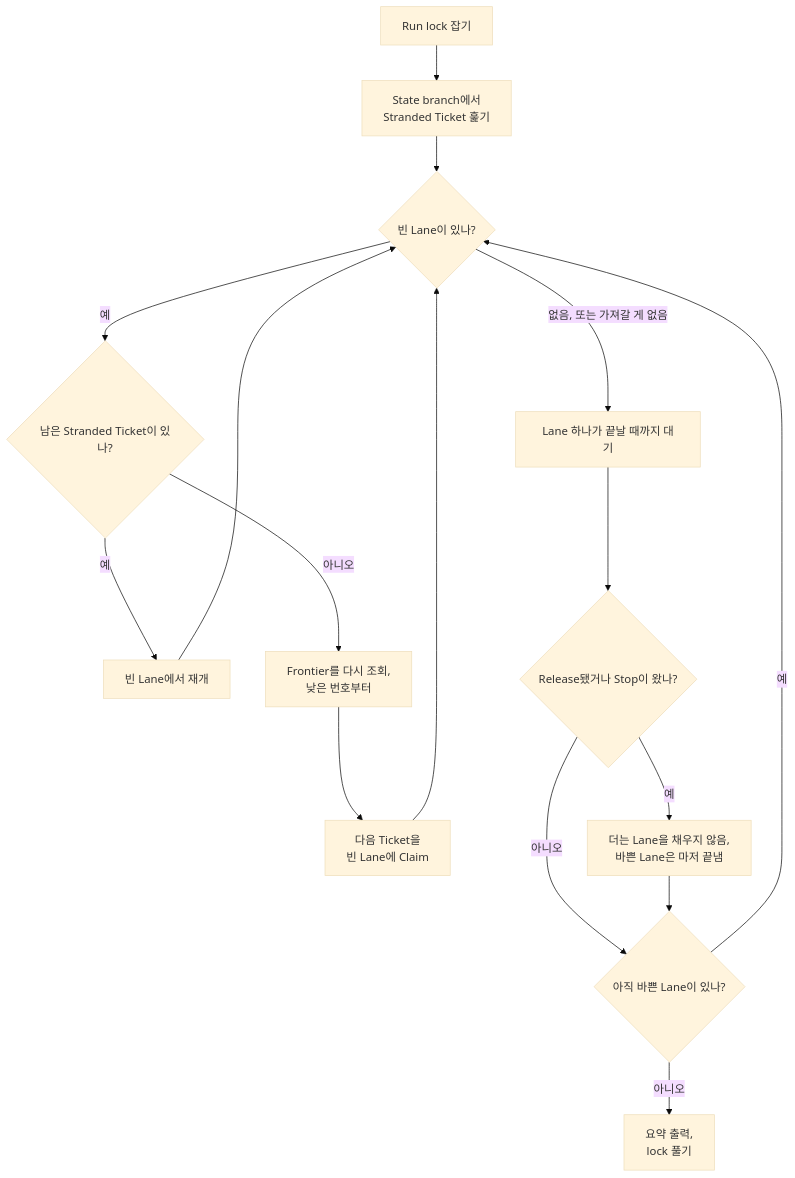
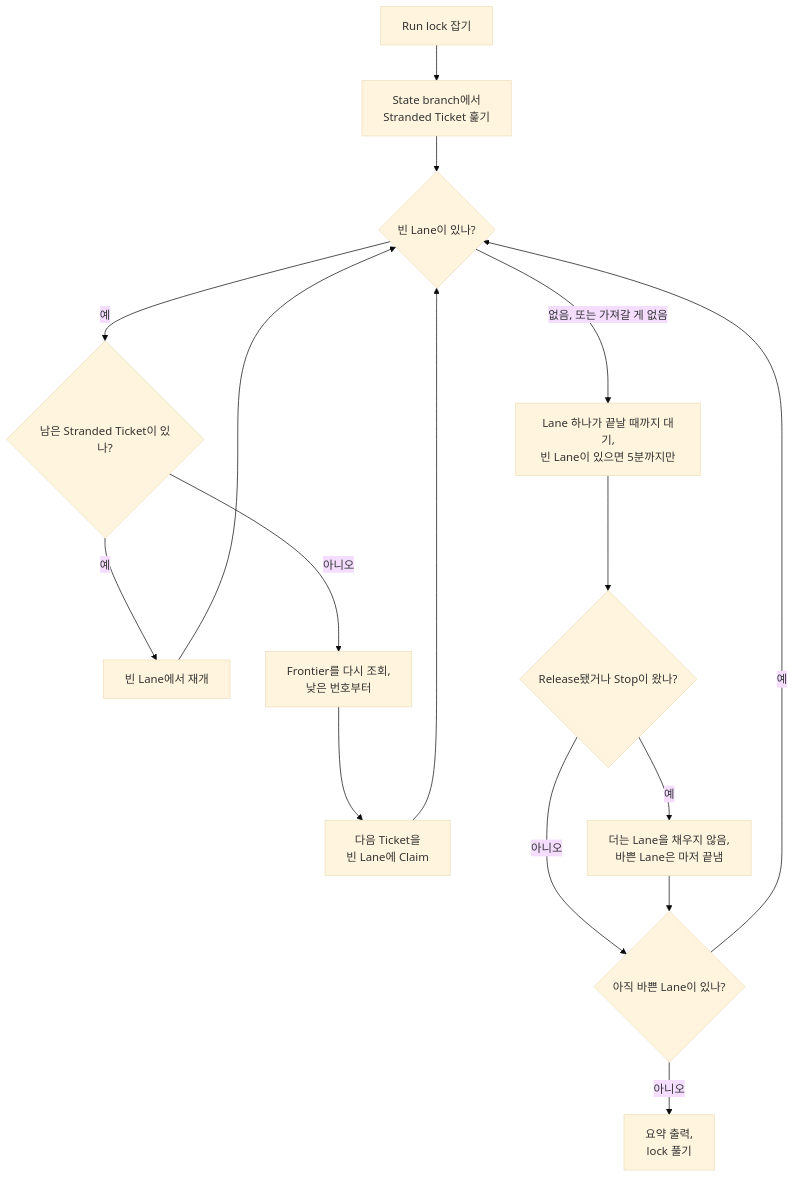
The diagram in wiki/ko/guide/running.md (jjongs2/ticket-runner), drawn with Mermaid (base theme) before and after one commit. The commit also changed other lines of this file and 11 other files, not shown here.

````diff
--- a/wiki/ko/guide/running.md
+++ b/wiki/ko/guide/running.md
@@ -43,16 +43,16 @@
 ```mermaid
 flowchart TD
   A["Run lock 잡기"] --> B["State branch에서<br>Stranded Ticket 훑기"]
   B --> C{"빈 Lane이 있나?"}
   C -- 예 --> D{"남은 Stranded Ticket이 있나?"}
   D -- 예 --> E["빈 Lane에서 재개"] --> C
   D -- 아니오 --> F["Frontier를 다시 조회,<br>낮은 번호부터"]
   F --> G["다음 Ticket을<br>빈 Lane에 Claim"] --> C
-  C -- "없음, 또는 가져갈 게 없음" --> H["Lane 하나가 끝날 때까지 대기"]
+  C -- "없음, 또는 가져갈 게 없음" --> H["Lane 하나가 끝날 때까지 대기,<br>빈 Lane이 있으면 5분까지만"]
   H --> I{"Release됐거나 Stop이 왔나?"}
   I -- 예 --> J["더는 Lane을 채우지 않음,<br>바쁜 Lane은 마저 끝냄"]
   I -- 아니오 --> K{"아직 바쁜 Lane이 있나?"}
   J --> K
   K -- 예 --> C
   K -- 아니오 --> L["요약 출력,<br>lock 풀기"]
 ```
````
